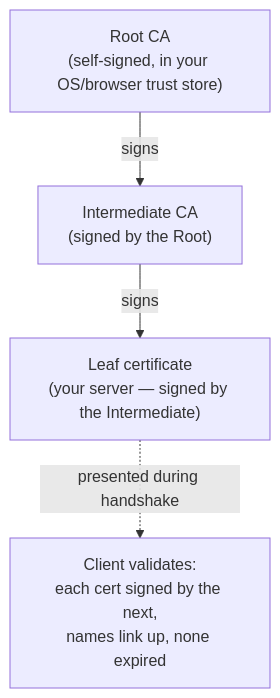
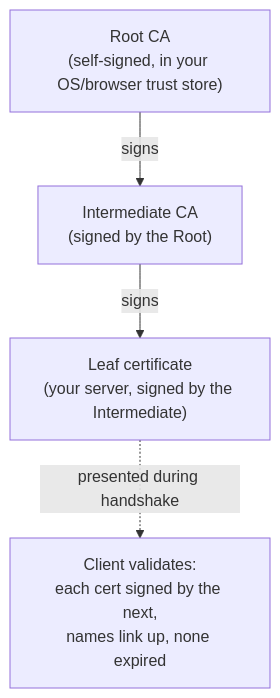
The first of 2 diagrams in docs/concepts/certificates-and-pki.md (bradh11/certmonitor), drawn with Mermaid before and after one commit. The commit also changed other lines of this file and 41 other files, not shown here.

````diff
--- a/docs/concepts/certificates-and-pki.md
+++ b/docs/concepts/certificates-and-pki.md
@@ -26,9 +26,9 @@
 ```mermaid
 flowchart TD
     R["Root CA<br/>(self-signed, in your OS/browser trust store)"]
     I["Intermediate CA<br/>(signed by the Root)"]
-    L["Leaf certificate<br/>(your server — signed by the Intermediate)"]
+    L["Leaf certificate<br/>(your server, signed by the Intermediate)"]
     R -->|signs| I
     I -->|signs| L
     L -.->|presented during handshake| B["Client validates:<br/>each cert signed by the next,<br/>names link up, none expired"]
 ```
````
